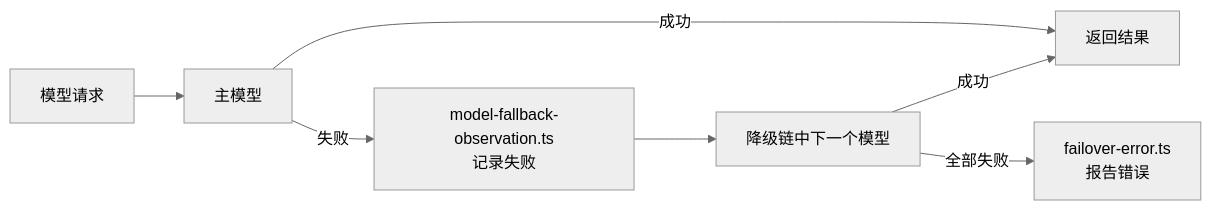
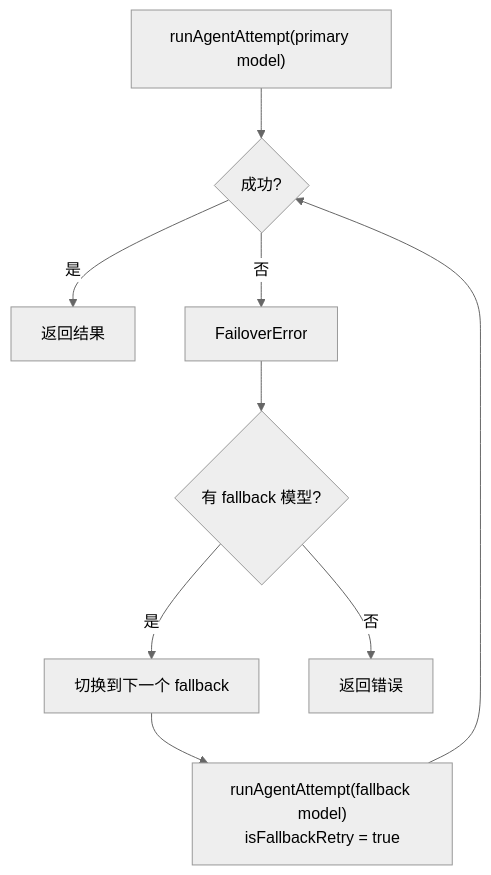
The third of 3 diagrams in zh-docs/modules/agents-logic.md (royalwang/openclaw), drawn with Mermaid (neutral theme) before and after one commit. The commit also changed other lines of this file and 8 other files, not shown here.

````diff
--- a/zh-docs/modules/agents-logic.md
+++ b/zh-docs/modules/agents-logic.md
@@ -80,9 +144,11 @@
 ```mermaid
-flowchart LR
-    REQ["模型请求"] --> PRIMARY["主模型"]
-    PRIMARY -->|成功| OK["返回结果"]
-    PRIMARY -->|失败| OBSERVE["model-fallback-observation.ts<br/>记录失败"]
-    OBSERVE --> FALLBACK["降级链中下一个模型"]
-    FALLBACK -->|成功| OK
-    FALLBACK -->|全部失败| ERR["failover-error.ts<br/>报告错误"]
+flowchart TD
+    RUN["runAgentAttempt(primary model)"] --> SUCCESS{"成功?"}
+    SUCCESS -->|是| DONE["返回结果"]
+    SUCCESS -->|否| FAILOVER["FailoverError"]
+    FAILOVER --> HAS_FALLBACK{"有 fallback 模型?"}
+    HAS_FALLBACK -->|是| NEXT["切换到下一个 fallback"]
+    HAS_FALLBACK -->|否| ERROR["返回错误"]
+    NEXT --> RETRY["runAgentAttempt(fallback model)<br/>isFallbackRetry = true"]
+    RETRY --> SUCCESS
 ```
````
